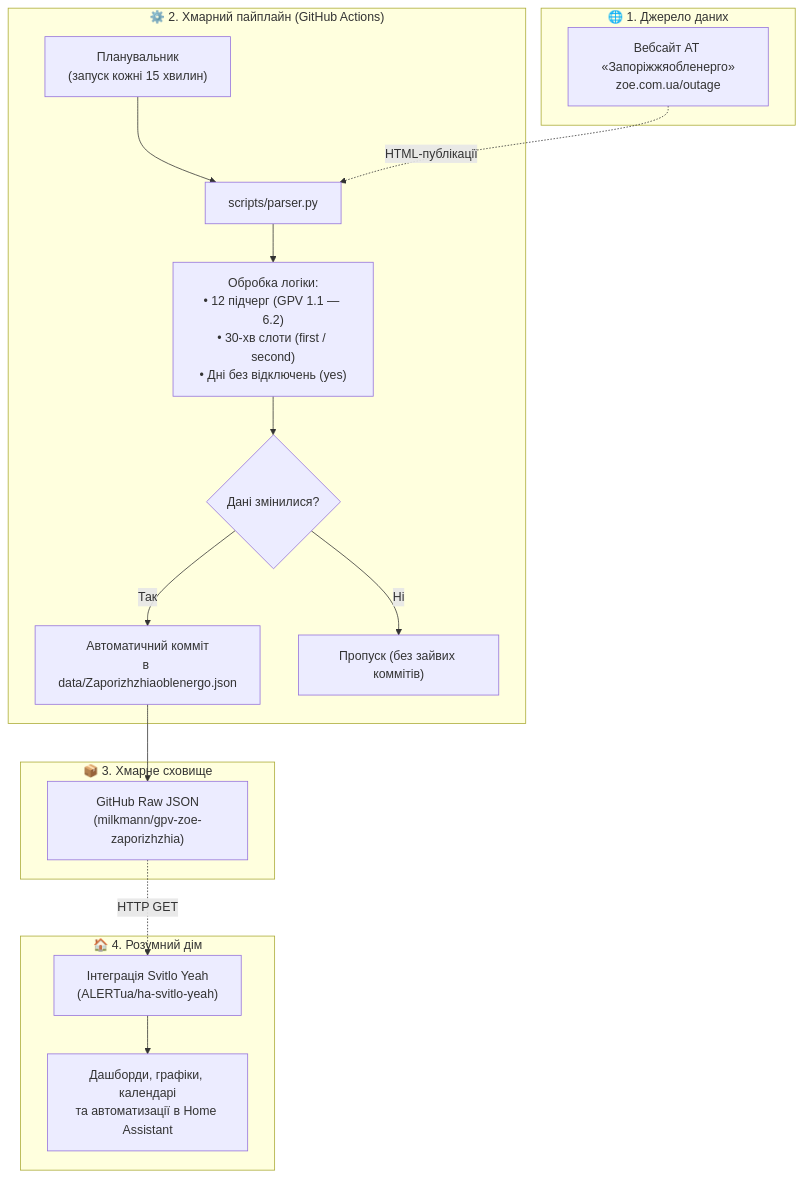
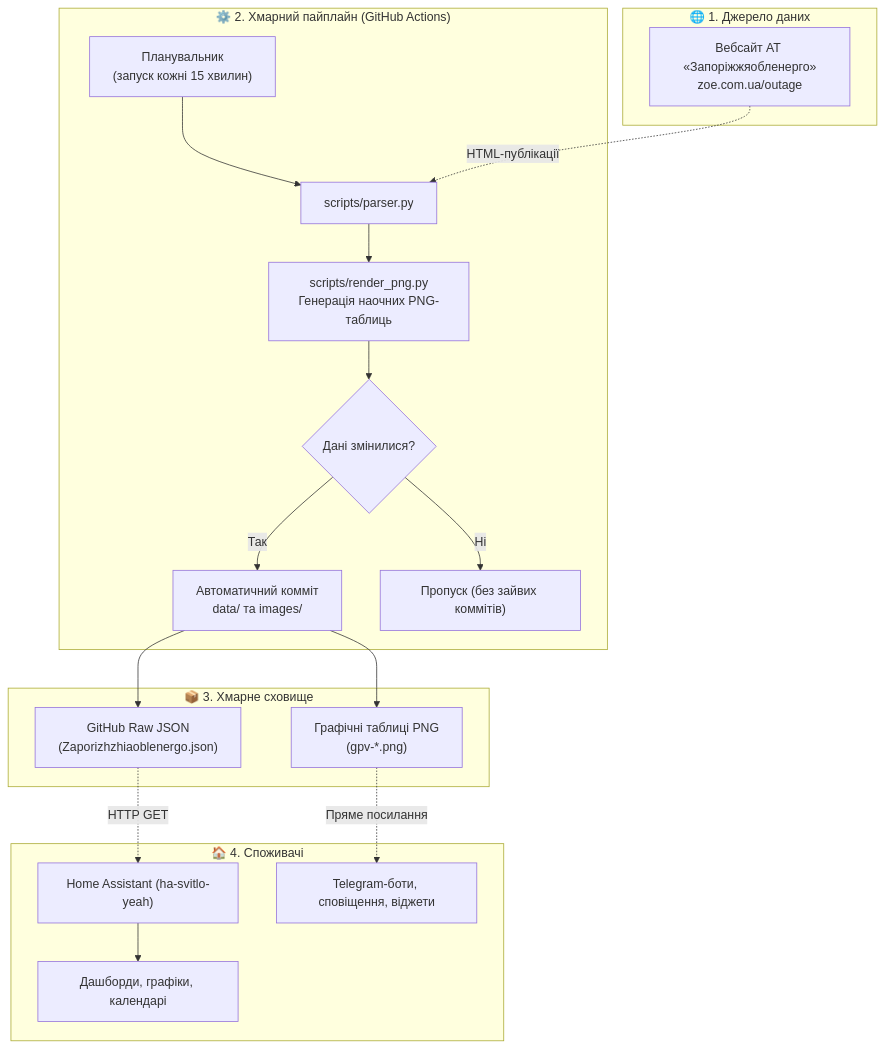
Before and after one commit to milkmann/gpv-zoe-zaporizhzhia: the diagram in README.md, drawn with Mermaid. The commit also changed other lines of this file and 55 other files, not shown here.

````diff
--- a/README.md
+++ b/README.md
@@ -22,26 +39,30 @@
 ```mermaid
 flowchart TD
     subgraph SRC["🌐 1. Джерело даних"]
         ZOE["Вебсайт АТ «Запоріжжяобленерго»<br/>zoe.com.ua/outage"]
     end
 
     subgraph GHA["⚙️ 2. Хмарний пайплайн (GitHub Actions)"]
         CRON["Планувальник<br/>(запуск кожні 15 хвилин)"] --> RUN["scripts/parser.py"]
         ZOE -.->|HTML-публікації| RUN
-        RUN --> LOGIC["Обробка логіки:<br/>• 12 підчерг (GPV 1.1 — 6.2)<br/>• 30-хв слоти (first / second)<br/>• Дні без відключень (yes)"]
-        LOGIC --> CHECK{"Дані змінилися?"}
-        CHECK -- Так --> COMMIT["Автоматичний комміт<br/>в data/Zaporizhzhiaoblenergo.json"]
+        RUN --> PNG["scripts/render_png.py<br/>Генерація наочних PNG-таблиць"]
+        PNG --> CHECK{"Дані змінилися?"}
+        CHECK -- Так --> COMMIT["Автоматичний комміт<br/>data/ та images/"]
         CHECK -- Ні --> IDLE["Пропуск (без зайвих коммітів)"]
     end
 
     subgraph STORE["📦 3. Хмарне сховище"]
-        RAW["GitHub Raw JSON<br/>(milkmann/gpv-zoe-zaporizhzhia)"]
+        RAW["GitHub Raw JSON<br/>(Zaporizhzhiaoblenergo.json)"]
+        IMGS["Графічні таблиці PNG<br/>(gpv-*.png)"]
         COMMIT --> RAW
+        COMMIT --> IMGS
     end
 
-    subgraph HA["🏠 4. Розумний дім"]
-        INT["Інтеграція Svitlo Yeah<br/>(ALERTua/ha-svitlo-yeah)"]
+    subgraph CLIENTS["🏠 4. Споживачі"]
+        INT["Home Assistant (ha-svitlo-yeah)"]
+        TG["Telegram-боти, сповіщення, віджети"]
         RAW -.->|HTTP GET| INT
-        INT --> DASH["Дашборди, графіки, календарі<br/>та автоматизації в Home Assistant"]
+        IMGS -.->|Пряме посилання| TG
+        INT --> DASH["Дашборди, графіки, календарі"]
     end
 ```
````
